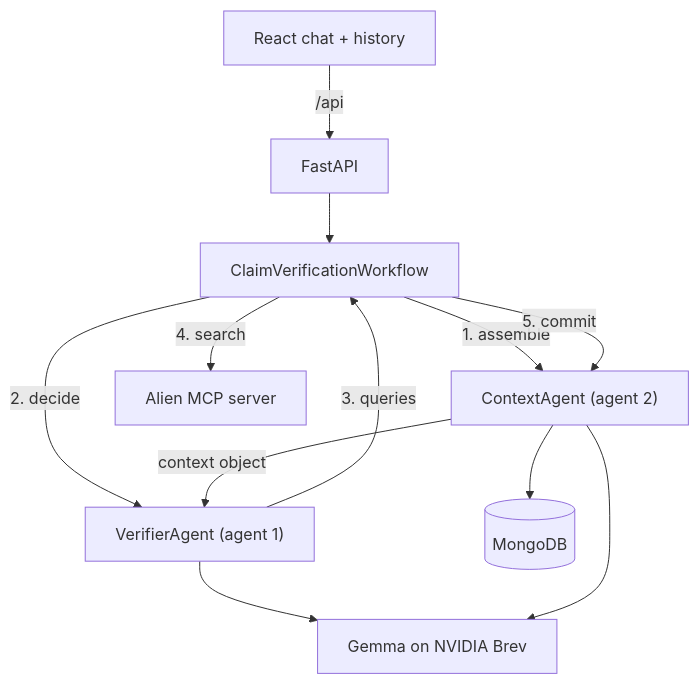
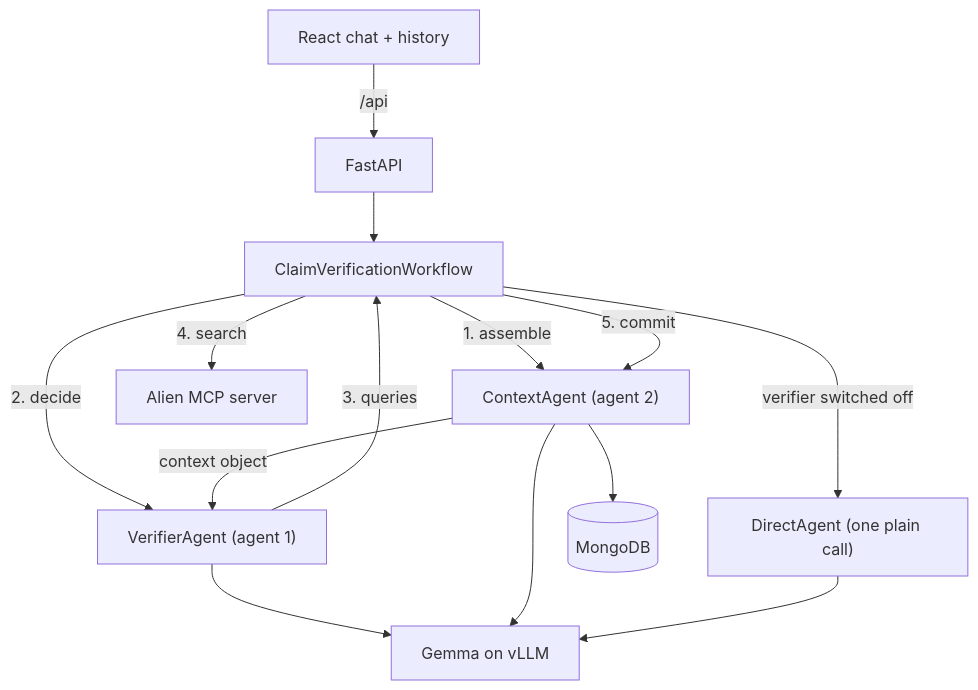
Before and after one commit to V7W3D/paris-gemma-hackathon: the diagram in README.md, drawn with Mermaid. The commit also changed other lines of this file and 36 other files, not shown here.

````diff
--- a/README.md
+++ b/README.md
@@ -14,14 +14,16 @@
 ```mermaid
 flowchart TD
   UI["React chat + history"] -->|/api| API["FastAPI"]
   API --> Workflow["ClaimVerificationWorkflow"]
   Workflow -->|"1. assemble"| Ctx["ContextAgent (agent 2)"]
   Workflow -->|"2. decide"| Ver["VerifierAgent (agent 1)"]
   Ctx -->|"context object"| Ver
   Ver -->|"3. queries"| Workflow
   Workflow -->|"4. search"| Alien["Alien MCP server"]
   Workflow -->|"5. commit"| Ctx
+  Workflow -->|"verifier switched off"| Direct["DirectAgent (one plain call)"]
   Ctx --> Mongo[("MongoDB")]
-  Ver --> Brev["Gemma on NVIDIA Brev"]
-  Ctx --> Brev
+  Ver --> LLM["Gemma on vLLM"]
+  Ctx --> LLM
+  Direct --> LLM
 ```
````
